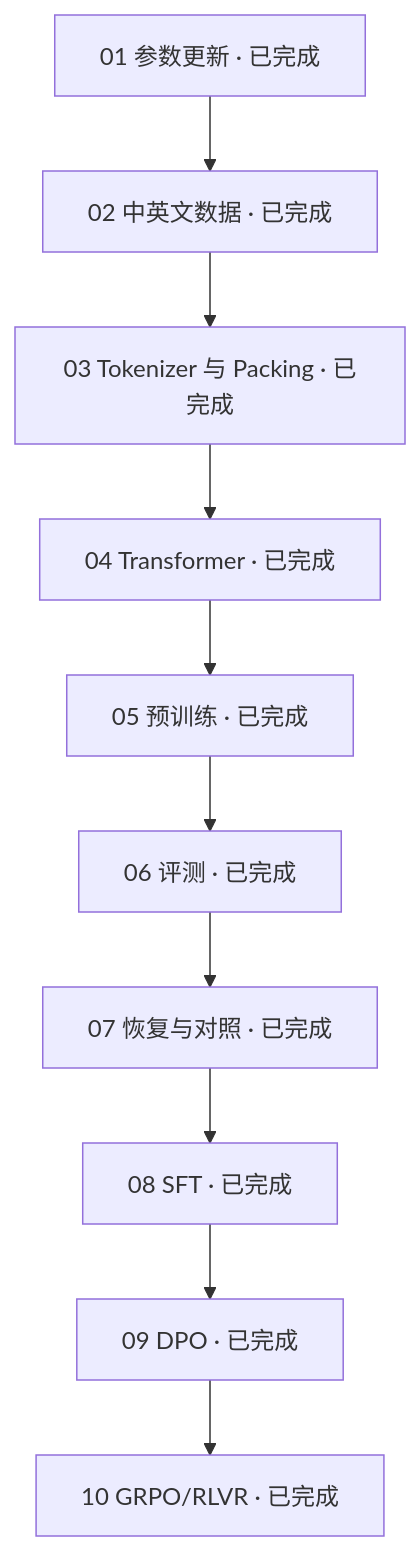
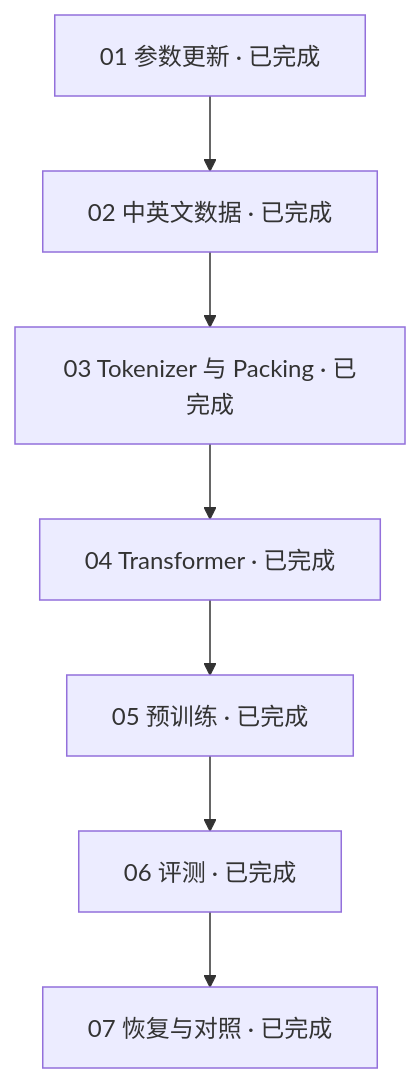
Before and after one commit to wang-TJ-20/llm-lifecycle-lab: the diagram in docs/README.md, drawn with Mermaid. The commit also changed other lines of this file and 198 other files, not shown here.

````diff
--- a/docs/README.md
+++ b/docs/README.md
@@ -57,11 +45,8 @@
 ```mermaid
 flowchart TD
   A["01 参数更新 · 已完成"] --> B["02 中英文数据 · 已完成"]
   B --> C["03 Tokenizer 与 Packing · 已完成"]
   C --> D["04 Transformer · 已完成"]
   D --> E["05 预训练 · 已完成"]
   E --> F["06 评测 · 已完成"] --> G["07 恢复与对照 · 已完成"]
-  G --> H["08 SFT · 已完成"]
-  H --> I["09 DPO · 已完成"]
-  I --> J["10 GRPO/RLVR · 已完成"]
 ```
````
